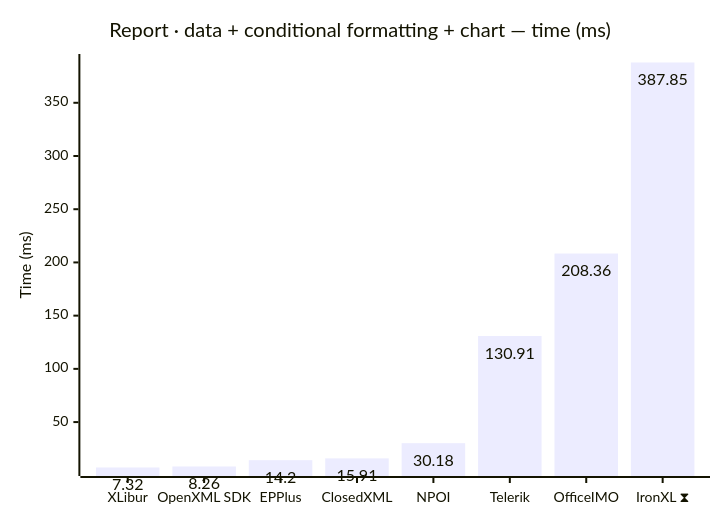
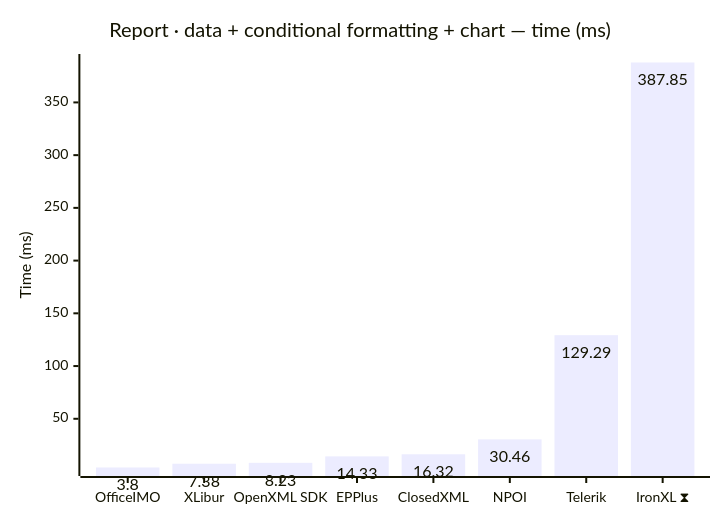
The ninth of 18 diagrams in docs/results.md (jafin/XLBench), drawn with Mermaid before and after one commit. The commit also changed other lines of this file and 2 other files, not shown here.

First line of the commit message:
Publish full-fidelity results for OfficeIMO 3.6.2, MiniExcel 2.0.0, XLibur 0.900.0, EPPlus 8.7.3 and Telerik 2026.4.1127

````diff
--- a/docs/results.md
+++ b/docs/results.md
@@ -146,12 +146,12 @@
 ```mermaid
 ---
 config:
   xyChart:
     showDataLabel: true
 ---
 xychart-beta
     title "Report · data + conditional formatting + chart — time (ms)"
-    x-axis ["XLibur", "OpenXML SDK", "EPPlus", "ClosedXML", "NPOI", "Telerik", "OfficeIMO", "IronXL ⧗"]
+    x-axis ["OfficeIMO", "XLibur", "OpenXML SDK", "EPPlus", "ClosedXML", "NPOI", "Telerik", "IronXL ⧗"]
     y-axis "Time (ms)"
-    bar [7.32, 8.26, 14.2, 15.91, 30.18, 130.91, 208.36, 387.85]
+    bar [3.8, 7.38, 8.23, 14.33, 16.32, 30.46, 129.29, 387.85]
 ```
````
